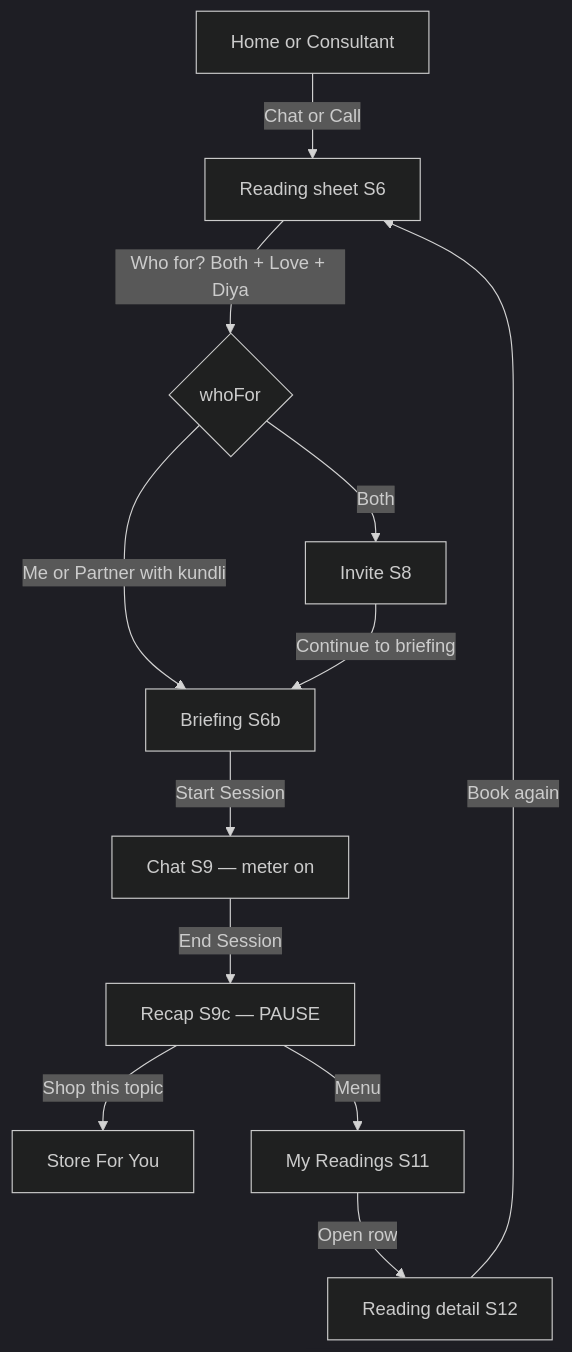
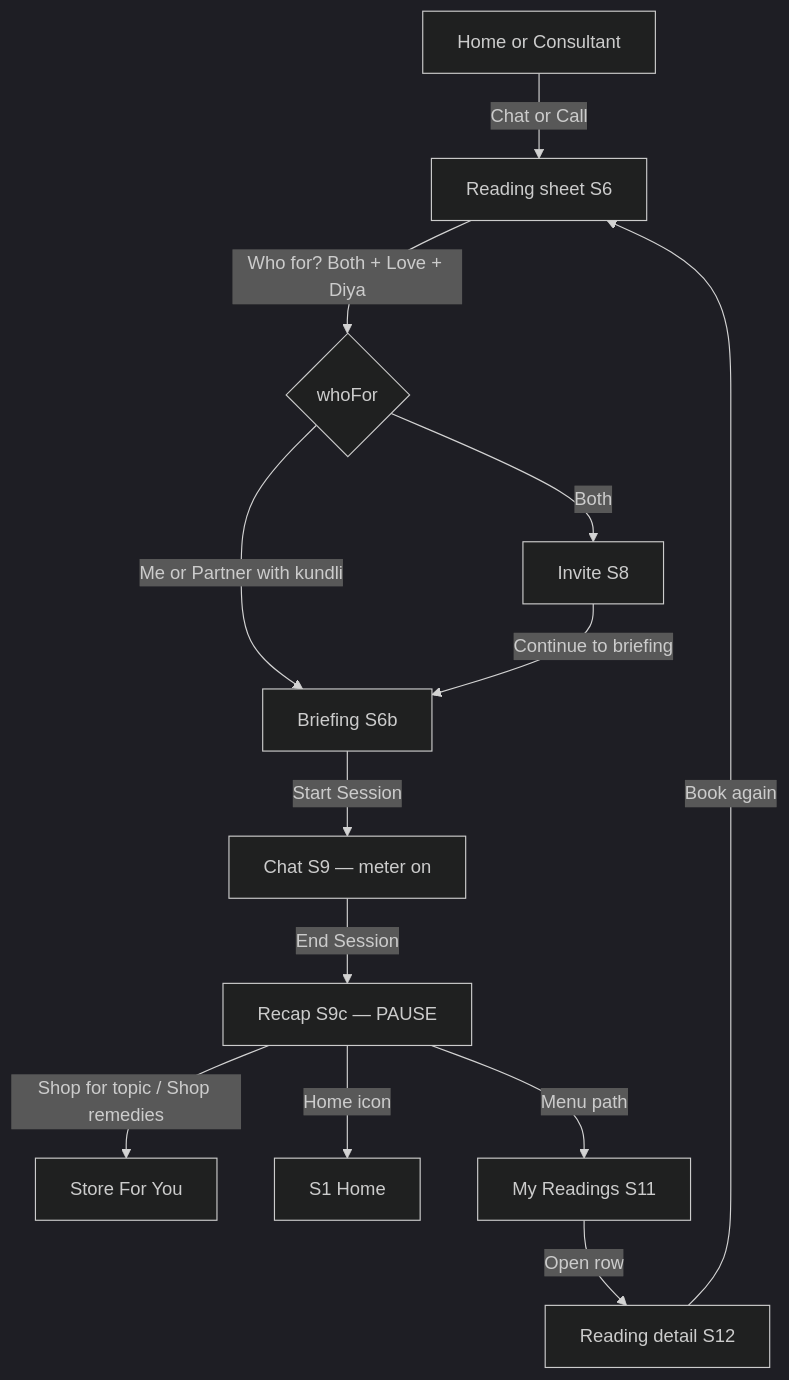
One commit to dhananjay7777/Astrolive changed the diagram in docs/userflow-and-system-design.md. Above: the diagram before and after it, drawn with Mermaid (dark theme). The commit also changed other lines of this file and 13 other files, not shown here.

````diff
--- a/docs/userflow-and-system-design.md
+++ b/docs/userflow-and-system-design.md
@@ -38,14 +38,15 @@
 ```mermaid
 flowchart TD
   A[Home or Consultant] -->|Chat or Call| B[Reading sheet S6]
   B -->|Who for? Both + Love + Diya| C{whoFor}
   C -->|Both| D[Invite S8]
   C -->|Me or Partner with kundli| E[Briefing S6b]
   D -->|Continue to briefing| E
   E -->|Start Session| F[Chat S9 — meter on]
   F -->|End Session| G[Recap S9c — PAUSE]
-  G -->|Shop this topic| H[Store For You]
-  G -->|Menu| I[My Readings S11]
+  G -->|Shop for topic / Shop remedies| H[Store For You]
+  G -->|Home icon| Home[S1 Home]
+  G -->|Menu path| I[My Readings S11]
   I -->|Open row| J[Reading detail S12]
   J -->|Book again| B
 ```
````
